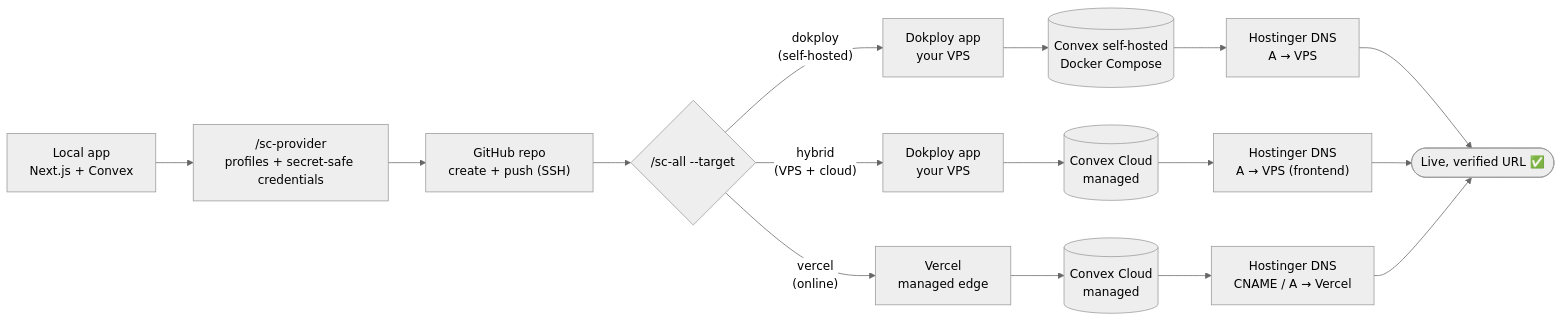
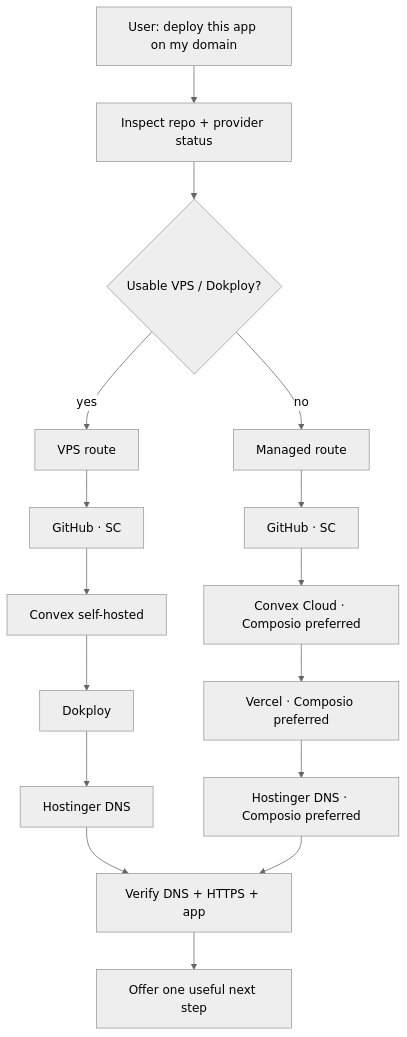
The diagram in README.md (rahmanef63/si-coder-agent), drawn with Mermaid (neutral theme) before and after one commit. The commit also changed other lines of this file and 19 other files, not shown here.

````diff
--- a/README.md
+++ b/README.md
@@ -24,18 +23,18 @@
 ```mermaid
-flowchart LR
-    A["Local app<br/>Next.js + Convex"] --> B["/sc-provider<br/>profiles + secret-safe credentials"]
-    B --> C["GitHub repo<br/>create + push (SSH)"]
-    C --> D{"/sc-all --target"}
-    D -->|"dokploy<br/>(self-hosted)"| E1["Dokploy app<br/>your VPS"]
-    D -->|"hybrid<br/>(VPS + cloud)"| H1["Dokploy app<br/>your VPS"]
-    D -->|"vercel<br/>(online)"| F1["Vercel<br/>managed edge"]
-    E1 --> E2[("Convex self-hosted<br/>Docker Compose")]
-    H1 --> H2[("Convex Cloud<br/>managed")]
-    F1 --> F2[("Convex Cloud<br/>managed")]
-    E2 --> E3["Hostinger DNS<br/>A → VPS"]
-    H2 --> H3["Hostinger DNS<br/>A → VPS (frontend)"]
-    F2 --> F3["Hostinger DNS<br/>CNAME / A → Vercel"]
-    E3 --> Z(["Live, verified URL ✅"])
-    H3 --> Z
-    F3 --> Z
+flowchart TD
+    U["User: deploy this app on my domain"] --> I["Inspect repo + provider status"]
+    I --> R{"Usable VPS / Dokploy?"}
+    R -->|yes| V["VPS route"]
+    V --> VG["GitHub · SC"]
+    VG --> VC["Convex self-hosted"]
+    VC --> VD["Dokploy"]
+    VD --> VH["Hostinger DNS"]
+    R -->|no| M["Managed route"]
+    M --> MG["GitHub · SC"]
+    MG --> MC["Convex Cloud · Composio preferred"]
+    MC --> MV["Vercel · Composio preferred"]
+    MV --> MH["Hostinger DNS · Composio preferred"]
+    VH --> Z["Verify DNS + HTTPS + app"]
+    MH --> Z
+    Z --> N["Offer one useful next step"]
 ```
````
